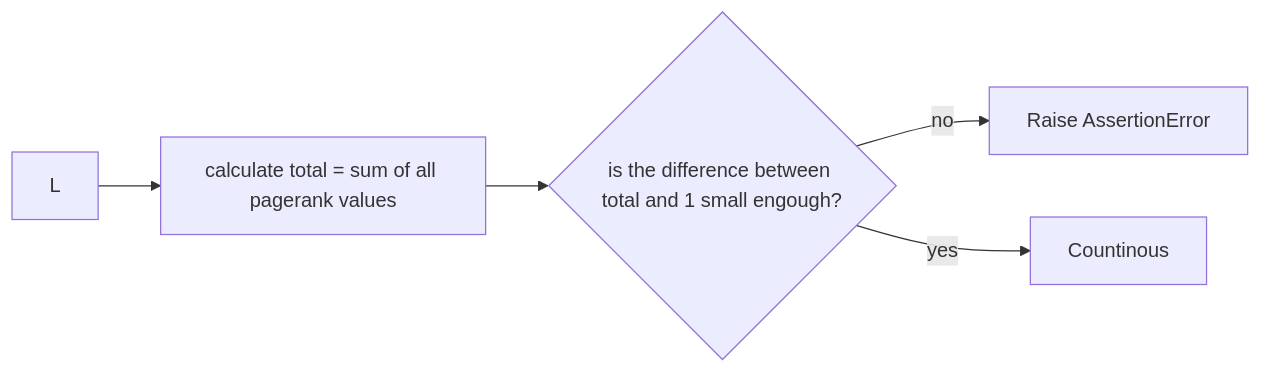
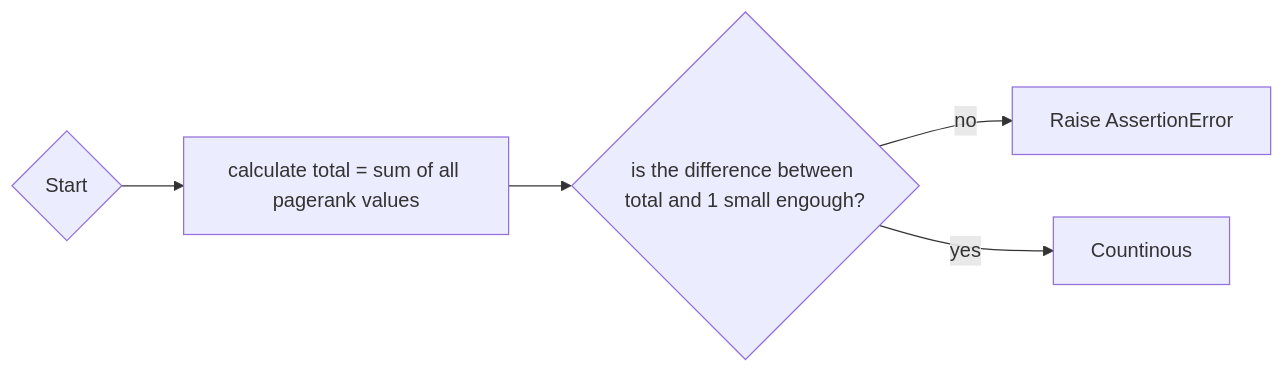
Before and after one commit to zihanshen0112-collab/CS50AI: the second of 6 diagrams in week2/README.md, drawn with Mermaid.

Commit message:
update week2 assignment

````diff
--- a/week2/README.md
+++ b/week2/README.md
@@ -129,8 +129,8 @@
 ```mermaid
 flowchart LR
-    L --> M[calculate total = sum of all pagerank values]
+    L{Start} --> M[calculate total = sum of all pagerank values]
     M --> N{is the difference between total and 1 small engough?}
     
     N -->|no| O[Raise AssertionError]
     N -->|yes| P[Countinous]
 ```
````
